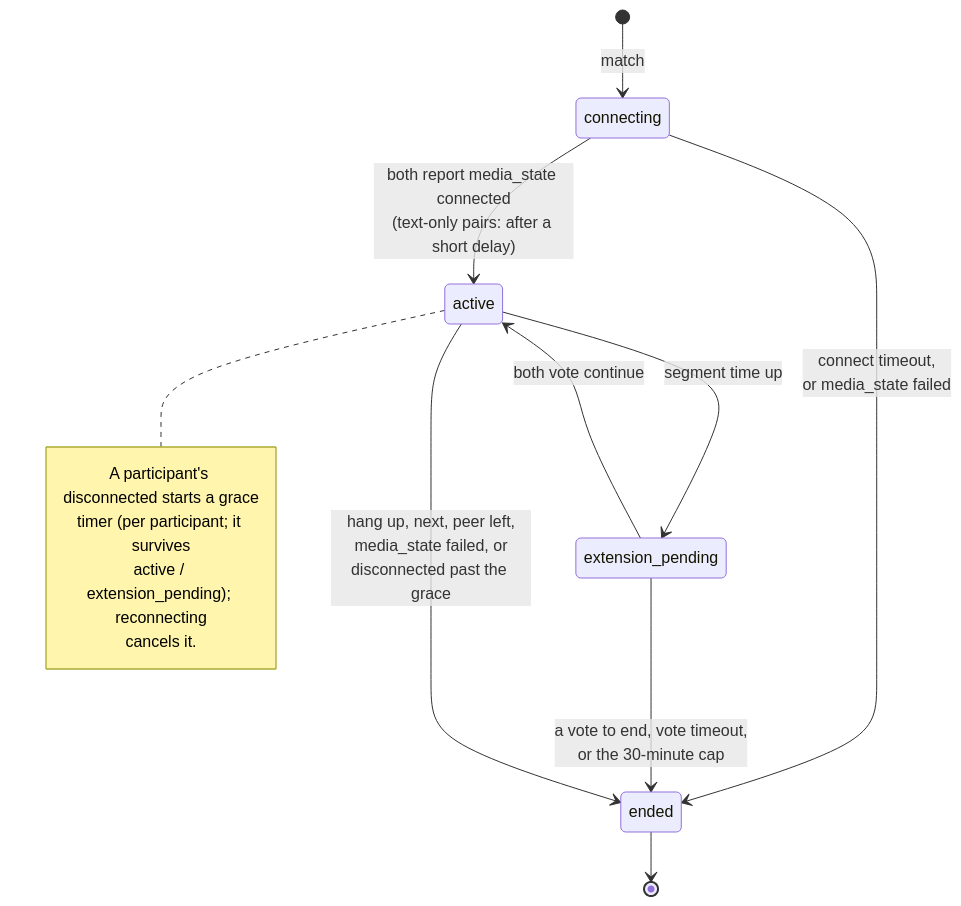
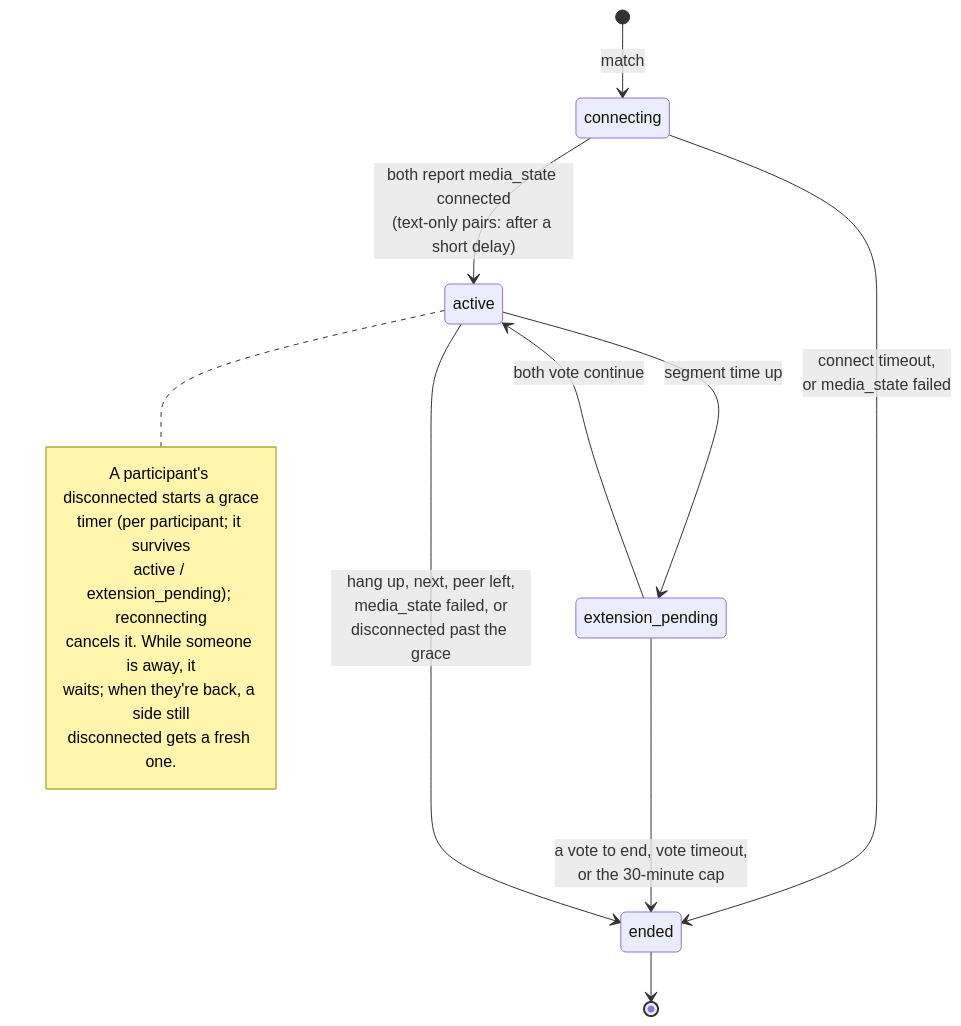
One commit to wasichu/randos changed the second of 6 diagrams in docs/architecture/call_flow.md. Above: the diagram before and after it, drawn with Mermaid. The commit also changed 3 other files, not shown here.

First line of the commit message:
Call health: the disconnected grace waits while someone is away (ICE restart phase 1)

````diff
--- a/docs/architecture/call_flow.md
+++ b/docs/architecture/call_flow.md
@@ -62,18 +62,20 @@
 ```mermaid
 stateDiagram-v2
     [*] --> connecting: match
     connecting --> active: both report media_state connected<br/>(text-only pairs: after a short delay)
     connecting --> ended: connect timeout,<br/>or media_state failed
     active --> extension_pending: segment time up
     extension_pending --> active: both vote continue
     extension_pending --> ended: a vote to end, vote timeout,<br/>or the 30-minute cap
     active --> ended: hang up, next, peer left,<br/>media_state failed, or<br/>disconnected past the grace
     ended --> [*]
 
     note right of active
         A participant's disconnected starts a grace
         timer (per participant; it survives
         active / extension_pending); reconnecting
-        cancels it.
+        cancels it. While someone is away, it
+        waits; when they're back, a side still
+        disconnected gets a fresh one.
     end note
 ```
````
